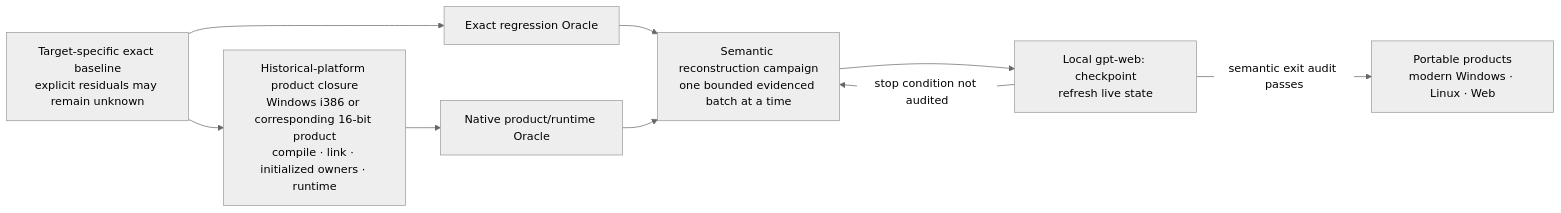
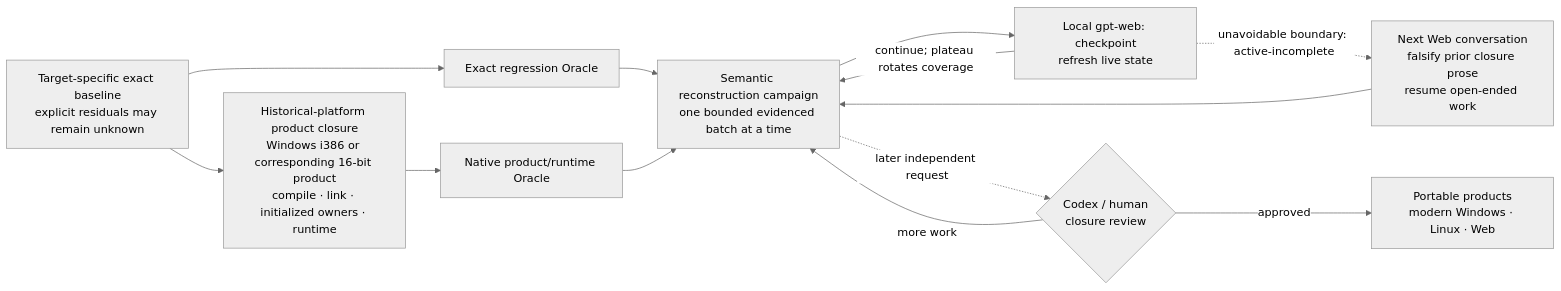
The second of 2 diagrams in README.md (N0zoM1z0/touhou-reconstruction-factory), drawn with Mermaid (neutral theme) before and after one commit. The commit also changed other lines of this file and 13 other files, not shown here.

First line of the commit message:
Separate semantic exploration from phase closure

````diff
--- a/README.md
+++ b/README.md
@@ -84,11 +84,15 @@
 ```mermaid
 flowchart LR
     X["Target-specific exact baseline<br/>explicit residuals may remain unknown"] --> N["Historical-platform product closure<br/>Windows i386 or corresponding 16-bit product<br/>compile · link · initialized owners · runtime"]
     X --> O1["Exact regression Oracle"]
     N --> O2["Native product/runtime Oracle"]
     O1 --> S["Semantic reconstruction campaign<br/>one bounded evidenced batch at a time"]
     O2 --> S
     S --> K["Local gpt-web: checkpoint<br/>refresh live state"]
-    K -->|"stop condition not audited"| S
-    K -->|"semantic exit audit passes"| P["Portable products<br/>modern Windows · Linux · Web"]
+    K -->|"continue; plateau rotates coverage"| S
+    K -.->|"unavoidable boundary: active-incomplete"| H["Next Web conversation<br/>falsify prior closure prose<br/>resume open-ended work"]
+    H --> S
+    S -.->|"later independent request"| A{"Codex / human<br/>closure review"}
+    A -->|"more work"| S
+    A -->|"approved"| P["Portable products<br/>modern Windows · Linux · Web"]
 ```
````
